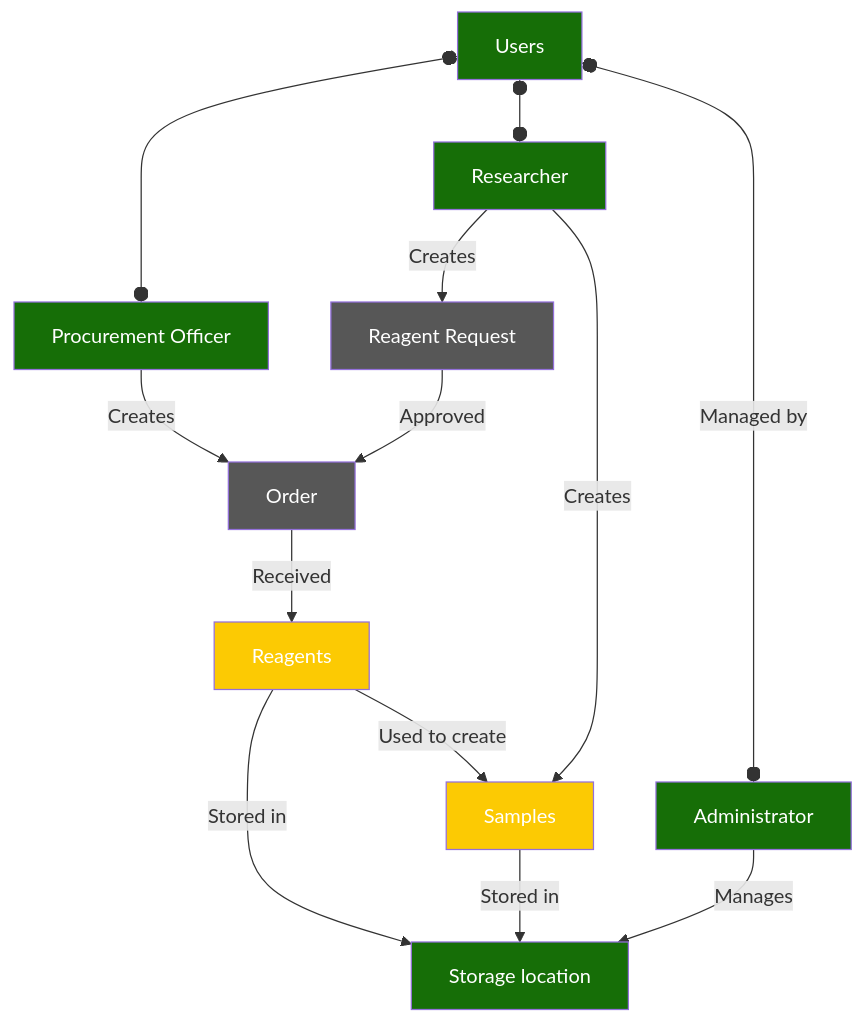
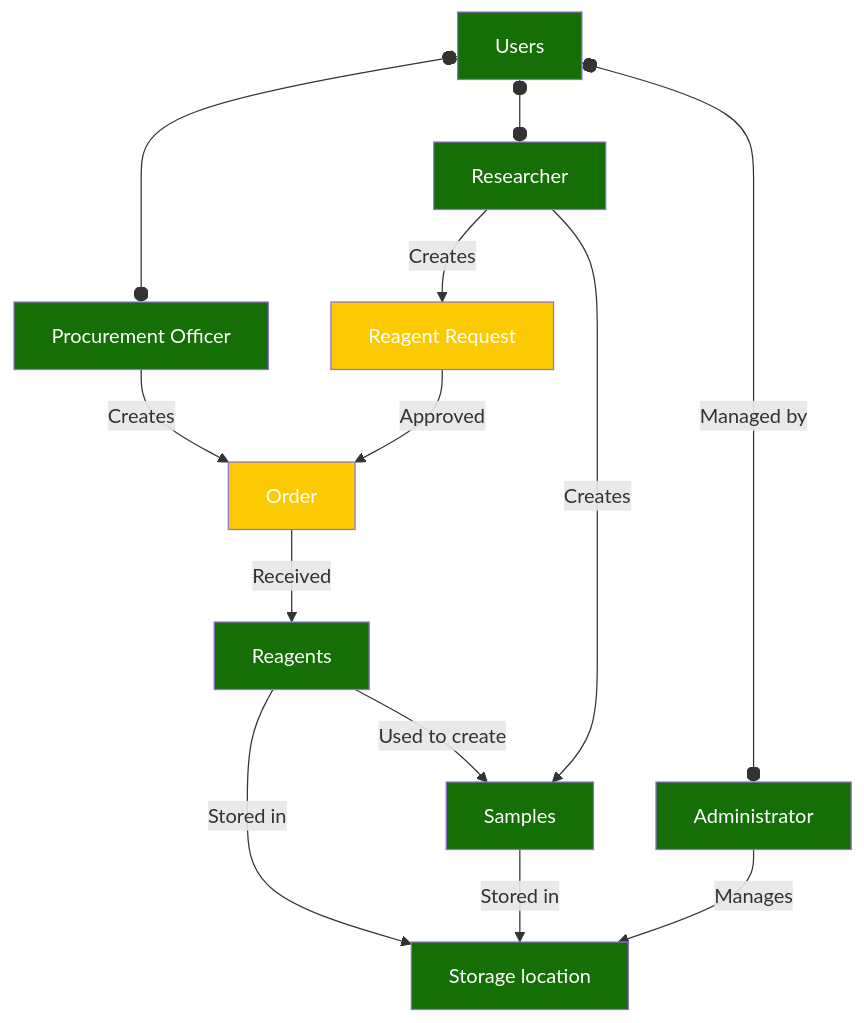
Before and after one commit to Quantori-Academy/apt-frontend: the second of 3 diagrams in README.md, drawn with Mermaid. The commit also changed other lines of this file and 3 other files, not shown here.

Commit message:
Docs: update diagrams and readme

````diff
--- a/README.md
+++ b/README.md
@@ -152,36 +155,36 @@
 ```mermaid
 flowchart TD
     RR[Reagent Request]
     O[Order]
     R[Reagents]
     S[Samples]
     SL[Storage location]
 
     U[Users]
     ADM[Administrator]
     RSR[Researcher]
     PRCR[Procurement Officer]
 
 
 U o--o| Managed by | ADM
 U o--o RSR
 U o--o PRCR
 RSR --> | Creates | RR
 PRCR --> | Creates| O
 RR --> | Approved | O
 O --> | Received | R
 R --> | Used to create | S
 RSR --> | Creates | S
 R --> | Stored in | SL
 S --> | Stored in | SL
 ADM --> | Manages | SL
 
 
 classDef green fill:#166e07, color:#ffffff;
 classDef yellow fill:#fcca03, color:#ffffff;
 classDef grey fill:#575757, color:#ffffff;
 
-class U,ADM,RSR,PRCR,SL green;
-class R,S yellow;
-class RR,O grey;
+class U,ADM,RSR,PRCR,SL,R,S green;
+class O,RR yellow;
+class dashboard grey;
 ```
````
